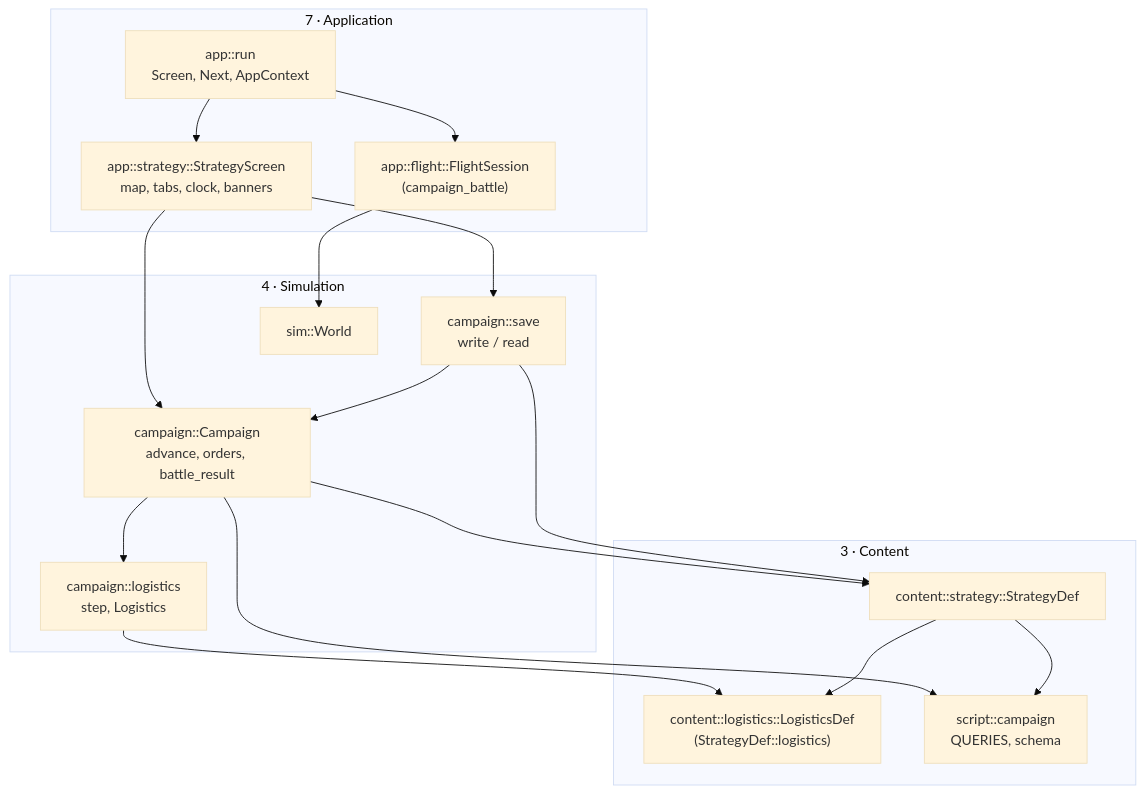
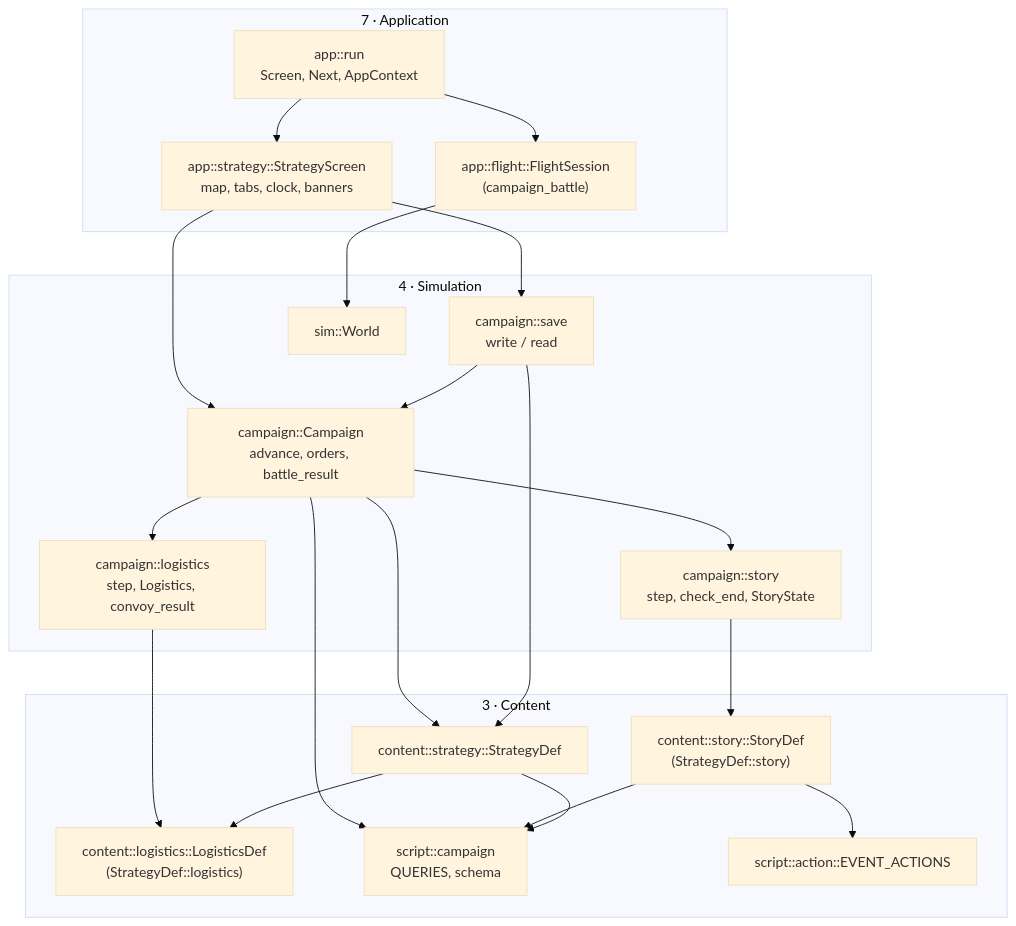
Before and after one commit to bbogovich/OpenInterceptor: the first of 8 diagrams in docs/implementation/architecture/campaign.md, drawn with Mermaid (base theme). The commit also changed other lines of this file and 39 other files, not shown here.

````diff
--- a/docs/implementation/architecture/campaign.md
+++ b/docs/implementation/architecture/campaign.md
@@ -19,26 +21,31 @@
 ```mermaid
 flowchart TB
     subgraph APP["7 · Application"]
         ST["app::strategy::StrategyScreen<br/>map, tabs, clock, banners"]
         FL["app::flight::FlightSession<br/>(campaign_battle)"]
         AM["app::run<br/>Screen, Next, AppContext"]
     end
     subgraph SIM["4 · Simulation"]
         CA["campaign::Campaign<br/>advance, orders, battle_result"]
-        LG["campaign::logistics<br/>step, Logistics"]
+        LG["campaign::logistics<br/>step, Logistics, convoy_result"]
+        STO["campaign::story<br/>step, check_end, StoryState"]
         SV["campaign::save<br/>write / read"]
         W["sim::World"]
     end
     subgraph CON["3 · Content"]
         SD["content::strategy::StrategyDef"]
         LD["content::logistics::LogisticsDef<br/>(StrategyDef::logistics)"]
         SC["script::campaign<br/>QUERIES, schema"]
+        SYD["content::story::StoryDef<br/>(StrategyDef::story)"]
+        EA["script::action::EVENT_ACTIONS"]
     end
     ST --> CA & SV
     AM --> ST & FL
     FL --> W
-    CA --> SD & SC & LG
+    CA --> SD & SC & LG & STO
     LG --> LD
+    STO --> SYD
+    SYD --> SC & EA
     SV --> CA & SD
     SD --> SC & LD
 ```
````
